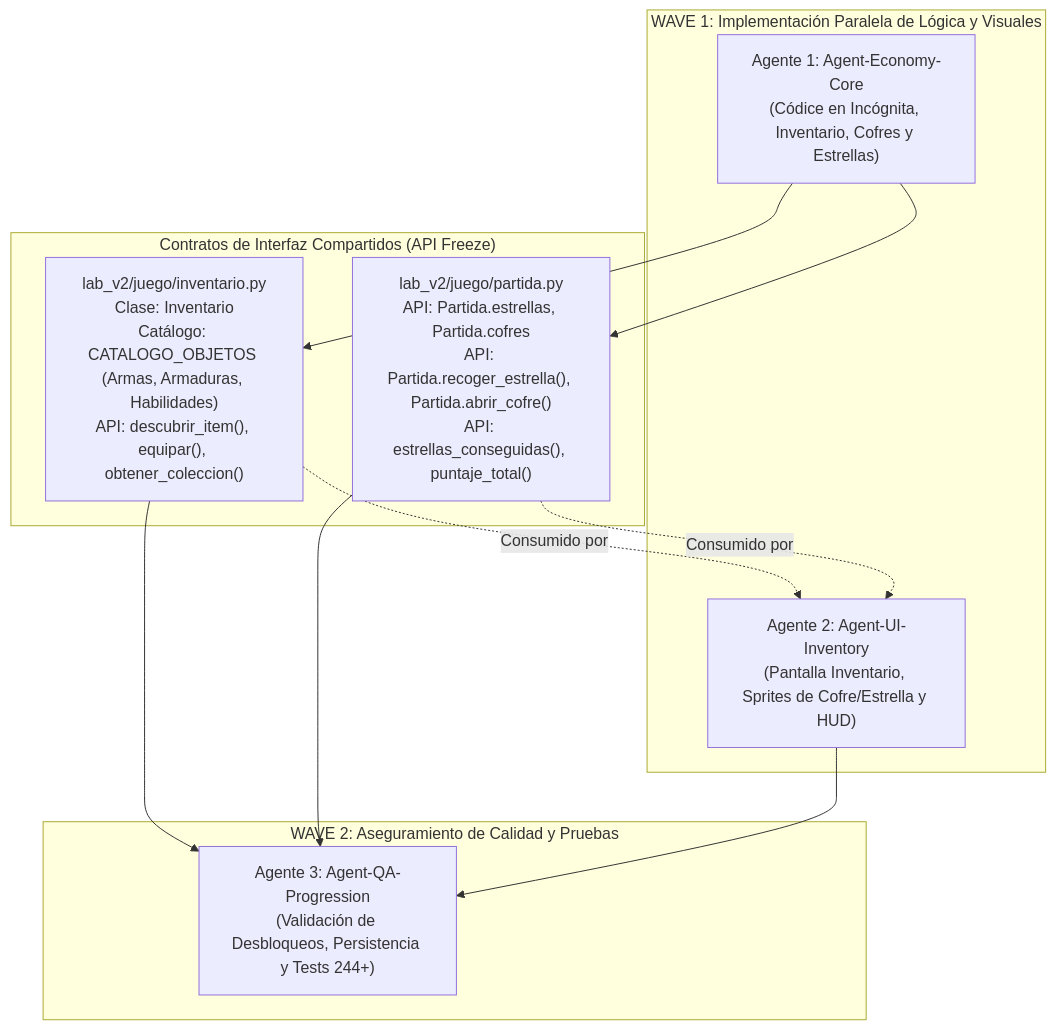
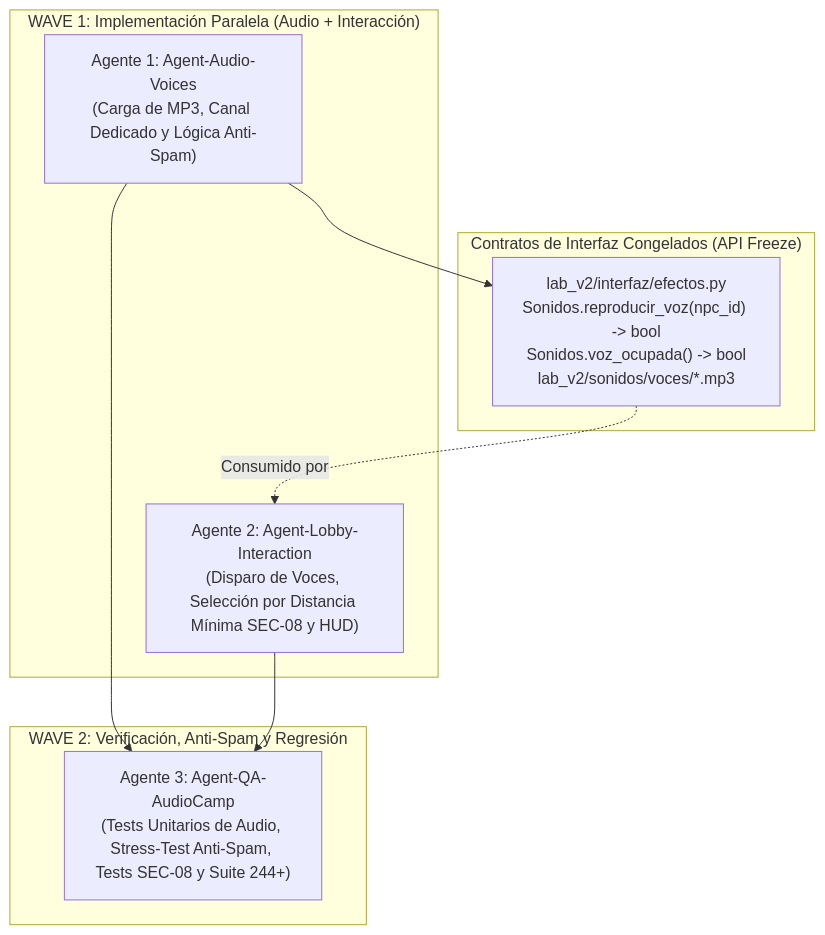
Before and after one commit to Montoyaescobar/Un-juego-sobre-un-laberinto: the diagram in TASKS.md, drawn with Mermaid. The commit also changed other lines of this file and 4 other files, not shown here.

````diff
--- a/TASKS.md
+++ b/TASKS.md
@@ -19,24 +34,20 @@
 ```mermaid
 graph TD
-    subgraph "WAVE 1: Implementación Paralela de Lógica y Visuales"
-        A1["Agente 1: Agent-Economy-Core<br/>(Códice en Incógnita, Inventario, Cofres y Estrellas)"]
-        A2["Agente 2: Agent-UI-Inventory<br/>(Pantalla Inventario, Sprites de Cofre/Estrella y HUD)"]
+    subgraph "WAVE 1: Implementación Paralela (Audio + Interacción)"
+        A1["Agente 1: Agent-Audio-Voices<br/>(Carga de MP3, Canal Dedicado y Lógica Anti-Spam)"]
+        A2["Agente 2: Agent-Lobby-Interaction<br/>(Disparo de Voces, Selección por Distancia Mínima SEC-08 y HUD)"]
     end
 
-    subgraph "Contratos de Interfaz Compartidos (API Freeze)"
-        C1["lab_v2/juego/inventario.py<br/>Clase: Inventario<br/>Catálogo: CATALOGO_OBJETOS (Armas, Armaduras, Habilidades)<br/>API: descubrir_item(), equipar(), obtener_coleccion()"]
-        C2["lab_v2/juego/partida.py<br/>API: Partida.estrellas, Partida.cofres<br/>API: Partida.recoger_estrella(), Partida.abrir_cofre()<br/>API: estrellas_conseguidas(), puntaje_total()"]
+    subgraph "Contratos de Interfaz Congelados (API Freeze)"
+        C1["lab_v2/interfaz/efectos.py<br/>Sonidos.reproducir_voz(npc_id) -> bool<br/>Sonidos.voz_ocupada() -> bool<br/>lab_v2/sonidos/voces/*.mp3"]
     end
 
-    subgraph "WAVE 2: Aseguramiento de Calidad y Pruebas"
-        A3["Agente 3: Agent-QA-Progression<br/>(Validación de Desbloqueos, Persistencia y Tests 244+)"]
+    subgraph "WAVE 2: Verificación, Anti-Spam y Regresión"
+        A3["Agente 3: Agent-QA-AudioCamp<br/>(Tests Unitarios de Audio, Stress-Test Anti-Spam, Tests SEC-08 y Suite 244+)"]
     end
 
     A1 --> C1
-    A1 --> C2
     C1 -. Consumido por .-> A2
-    C2 -. Consumido por .-> A2
-    C1 --> A3
-    C2 --> A3
+    A1 --> A3
     A2 --> A3
 ```
````
